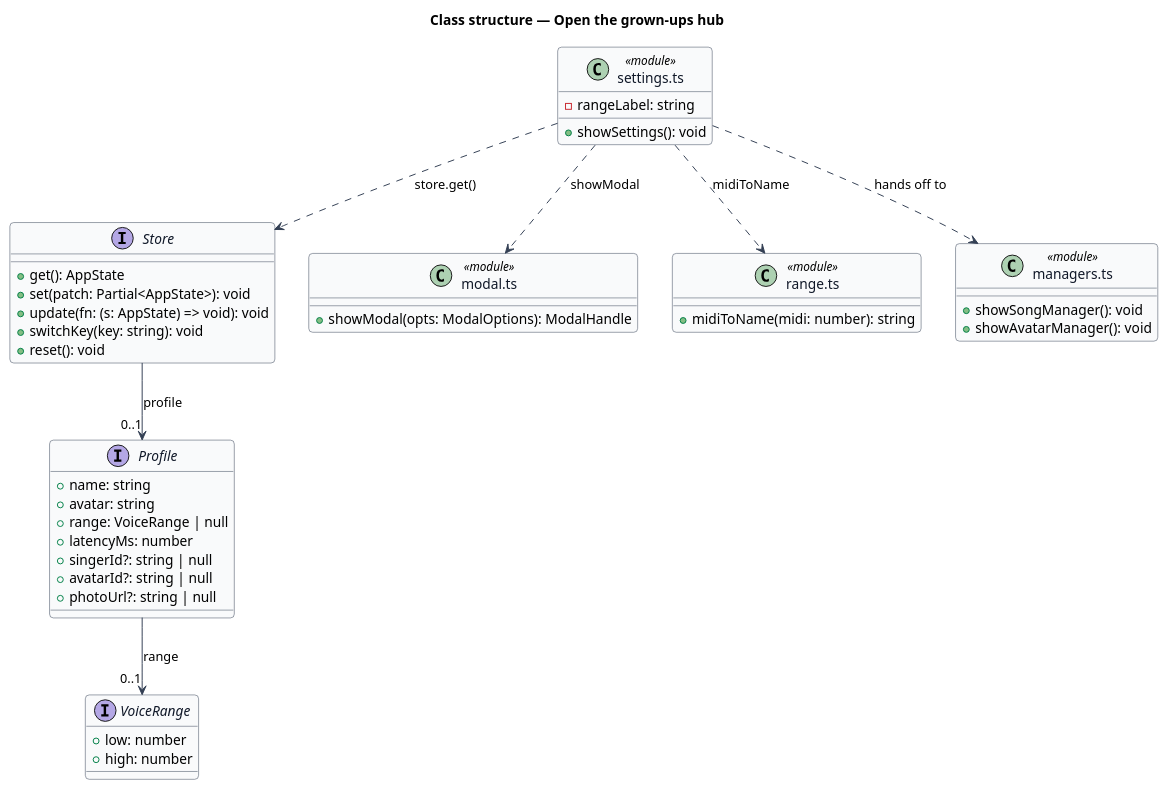
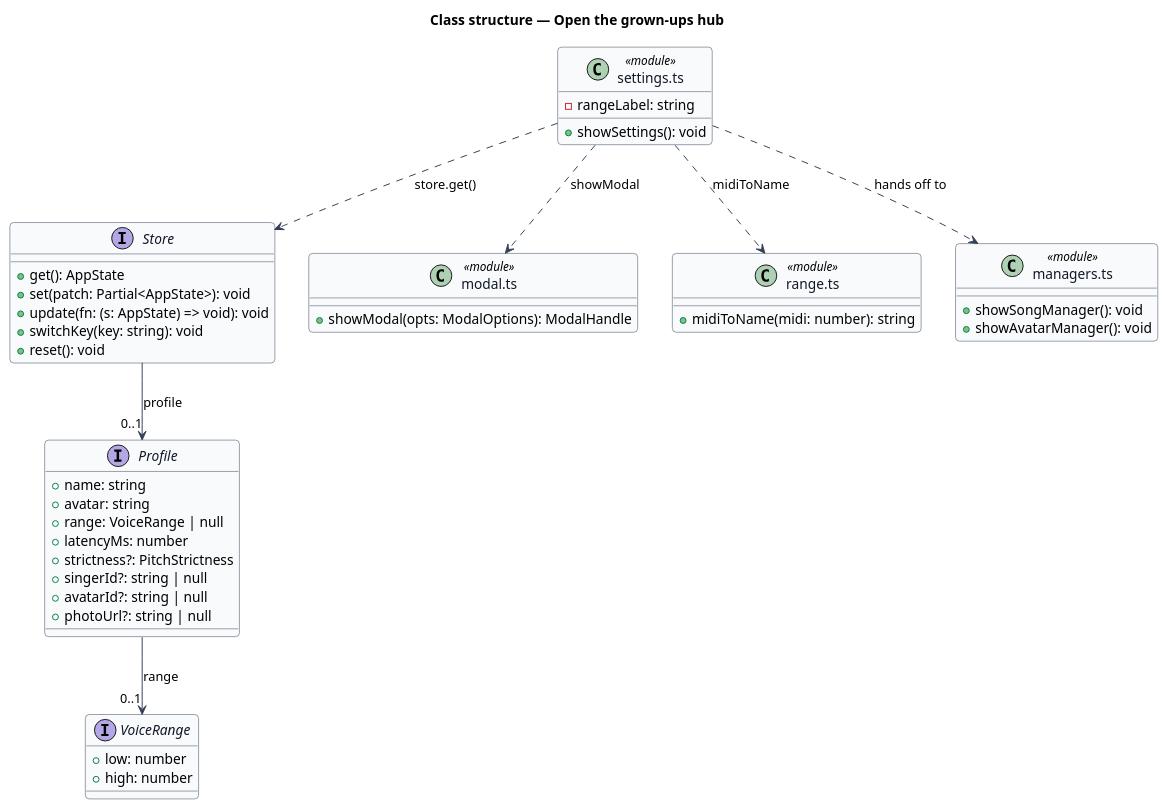
The diagram in docs/detailed-designs/grown-ups-corner/open-the-grown-ups-hub/diagrams/class-structure.puml (QuinntyneBrown/TwinkleTune), drawn with PlantUML before and after one commit. The commit also changed 83 other files, not shown here.

```diff
--- a/docs/detailed-designs/grown-ups-corner/open-the-grown-ups-hub/diagrams/class-structure.puml
+++ b/docs/detailed-designs/grown-ups-corner/open-the-grown-ups-hub/diagrams/class-structure.puml
@@ -1,63 +1,64 @@
 @startuml
 ' --- shared skin header ---
 skinparam backgroundColor #FFFFFF
 skinparam shadowing false
 skinparam roundcorner 8
 skinparam defaultFontName Arial
 skinparam ArrowColor #344054
 skinparam class {
   BorderColor #344054
   FontColor #101828
   BackgroundColor #F9FAFB
 }
 ' --------------------------
 title Class structure — Open the grown-ups hub
 
 class "settings.ts" as SettingsMod <<module>> {
   +showSettings(): void
   -rangeLabel: string
 }
 
 interface Profile {
   +name: string
   +avatar: string
   +range: VoiceRange | null
   +latencyMs: number
+  +strictness?: PitchStrictness
   +singerId?: string | null
   +avatarId?: string | null
   +photoUrl?: string | null
 }
 
 interface VoiceRange {
   +low: number
   +high: number
 }
 
 interface Store {
   +get(): AppState
   +set(patch: Partial<AppState>): void
   +update(fn: (s: AppState) => void): void
   +switchKey(key: string): void
   +reset(): void
 }
 
 class "modal.ts" as ModalMod <<module>> {
   +showModal(opts: ModalOptions): ModalHandle
 }
 
 class "range.ts" as RangeMod <<module>> {
   +midiToName(midi: number): string
 }
 
 class "managers.ts" as ManagersMod <<module>> {
   +showSongManager(): void
   +showAvatarManager(): void
 }
 
 SettingsMod ..> ModalMod : showModal
 SettingsMod ..> RangeMod : midiToName
 SettingsMod ..> ManagersMod : hands off to
 SettingsMod ..> Store : store.get()
 Store --> "0..1" Profile : profile
 Profile --> "0..1" VoiceRange : range
 @enduml
```
